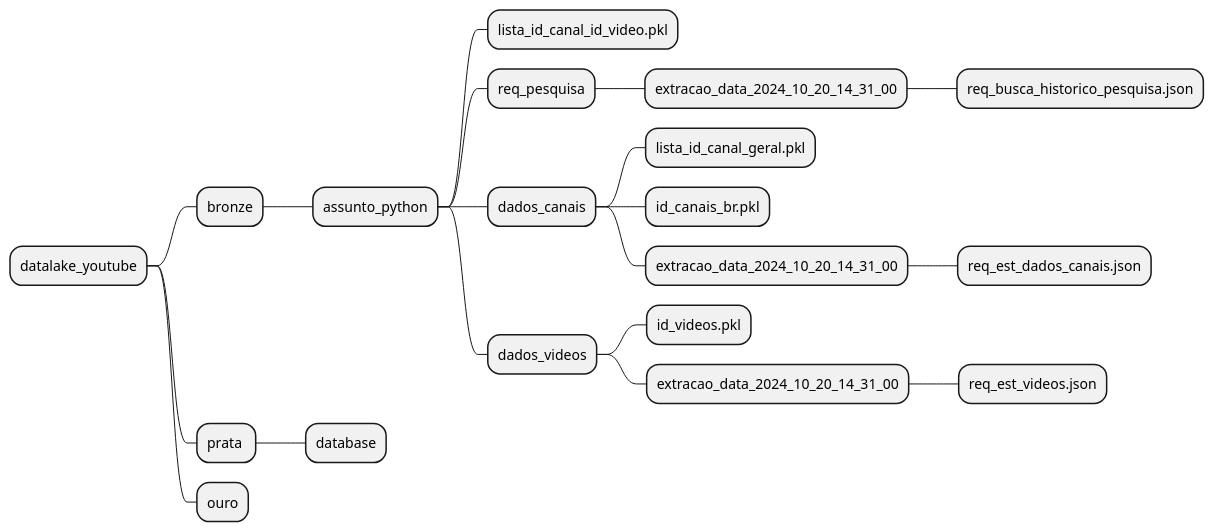
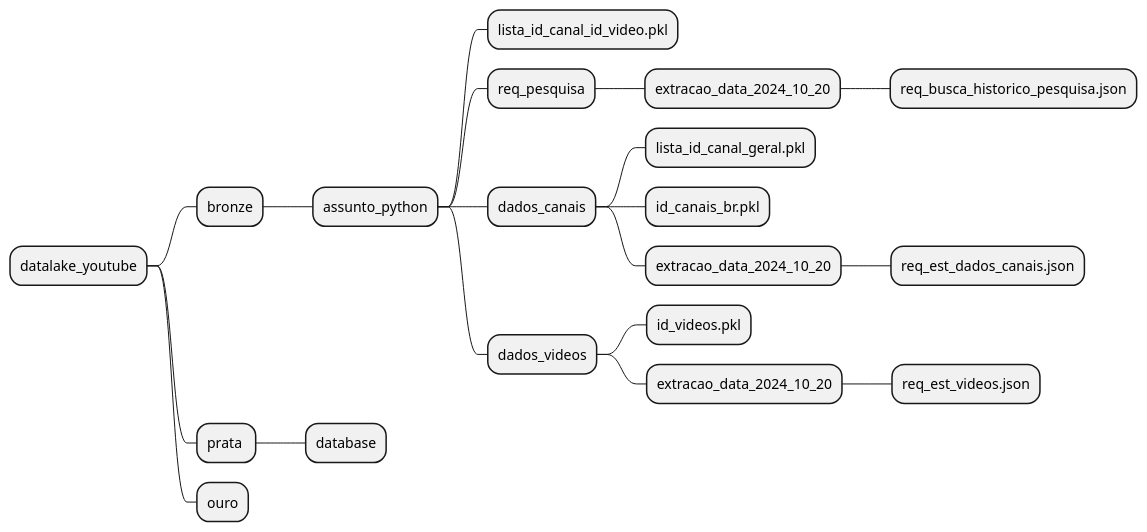
One commit to rodrigorocha1/extracao_dados_api_youtube_terceira_versao changed the diagram in diagramas/datalake.plantuml. Above: the diagram before and after it, drawn with PlantUML. The commit also changed 5 other files, not shown here.

```diff
--- a/diagramas/datalake.plantuml
+++ b/diagramas/datalake.plantuml
@@ -1,27 +1,27 @@
 @@startmindmap
 
 * datalake_youtube
 ** bronze
 *** assunto_python
 **** lista_id_canal_id_video.pkl
 
 **** req_pesquisa
-***** extracao_data_2024_10_20_14_31_00
+***** extracao_data_2024_10_20
 ****** req_busca_historico_pesquisa.json
 **** dados_canais
 ***** lista_id_canal_geral.pkl
 ***** id_canais_br.pkl
-***** extracao_data_2024_10_20_14_31_00
+***** extracao_data_2024_10_20
 ****** req_est_dados_canais.json
 **** dados_videos
 ***** id_videos.pkl
-***** extracao_data_2024_10_20_14_31_00
+***** extracao_data_2024_10_20
 ****** req_est_videos.json
 
 ** prata 
 *** database
 ** ouro
 
 
 
 @@endmindmap
```
